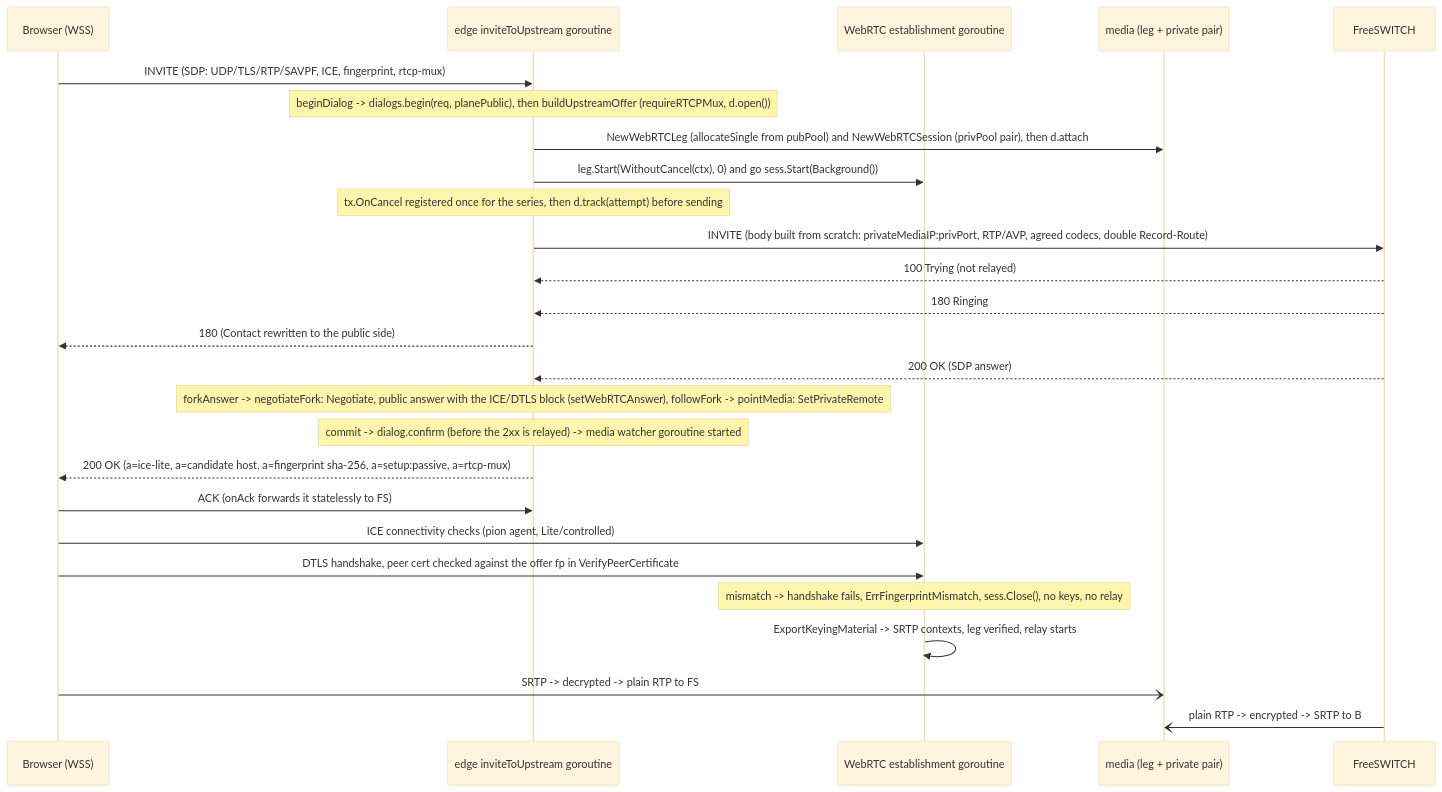
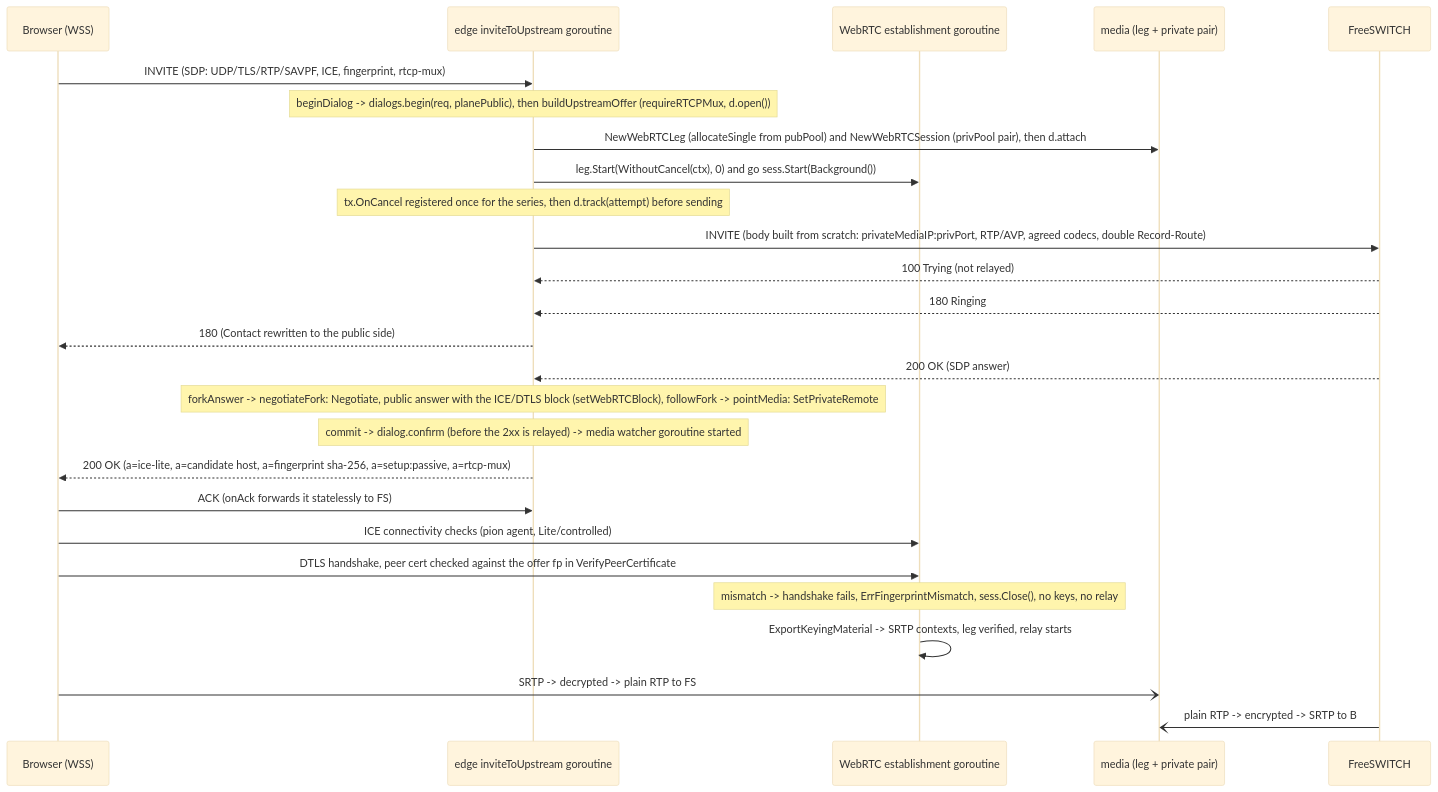
One commit to rasonyang/freesbc changed diagram 14 of 19 in docs/design.md. Above: the diagram before and after it, drawn with Mermaid (base theme). The commit also changed other lines of this file and 11 other files, not shown here.

First line of the commit message:
edge: offer DTLS-SRTP to WebSocket clients on upstream-originated calls

````diff
--- a/docs/design.md
+++ b/docs/design.md
@@ -2797,29 +2834,29 @@
 ```mermaid
 sequenceDiagram
     participant B as Browser (WSS)
     participant H as edge inviteToUpstream goroutine
     participant E as WebRTC establishment goroutine
     participant M as media (leg + private pair)
     participant FS as FreeSWITCH
 
     B->>H: INVITE (SDP: UDP/TLS/RTP/SAVPF, ICE, fingerprint, rtcp-mux)
     Note over H: beginDialog -> dialogs.begin(req, planePublic), then buildUpstreamOffer (requireRTCPMux, d.open())
     H->>M: NewWebRTCLeg (allocateSingle from pubPool) and NewWebRTCSession (privPool pair), then d.attach
     H->>E: leg.Start(WithoutCancel(ctx), 0) and go sess.Start(Background())
     Note over H: tx.OnCancel registered once for the series, then d.track(attempt) before sending
     H->>FS: INVITE (body built from scratch: privateMediaIP:privPort, RTP/AVP, agreed codecs, double Record-Route)
     FS-->>H: 100 Trying (not relayed)
     FS-->>H: 180 Ringing
     H-->>B: 180 (Contact rewritten to the public side)
     FS-->>H: 200 OK (SDP answer)
-    Note over H: forkAnswer -> negotiateFork: Negotiate, public answer with the ICE/DTLS block (setWebRTCAnswer), followFork -> pointMedia: SetPrivateRemote
+    Note over H: forkAnswer -> negotiateFork: Negotiate, public answer with the ICE/DTLS block (setWebRTCBlock), followFork -> pointMedia: SetPrivateRemote
     Note over H: commit -> dialog.confirm (before the 2xx is relayed) -> media watcher goroutine started
     H-->>B: 200 OK (a=ice-lite, a=candidate host, a=fingerprint sha-256, a=setup:passive, a=rtcp-mux)
     B->>H: ACK (onAck forwards it statelessly to FS)
     B->>E: ICE connectivity checks (pion agent, Lite/controlled)
     B->>E: DTLS handshake, peer cert checked against the offer fp in VerifyPeerCertificate
     Note over E: mismatch -> handshake fails, ErrFingerprintMismatch, sess.Close(), no keys, no relay
     E->>E: ExportKeyingMaterial -> SRTP contexts, leg verified, relay starts
     B-)M: SRTP -> decrypted -> plain RTP to FS
     FS-)M: plain RTP -> encrypted -> SRTP to B
 ```
````
